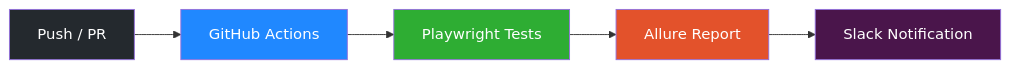
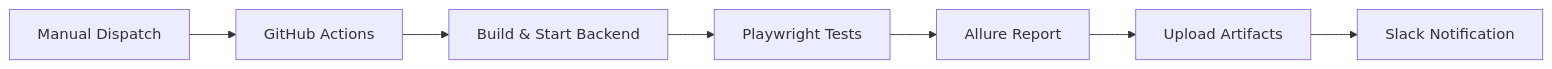
The second of 2 diagrams in README.md (mithrilguardqa/API_automation_Playwright), drawn with Mermaid before and after one commit. The commit also changed other lines of this file and 5 other files, not shown here.

````diff
--- a/README.md
+++ b/README.md
@@ -92,13 +94,9 @@
 ```mermaid
 graph LR
-    A[Push / PR] --> B[GitHub Actions]
-    B --> C[Playwright Tests]
-    C --> D[Allure Report]
-    D --> E[Slack Notification]
-
-    style A fill:#24292e,color:#fff
-    style B fill:#2088FF,color:#fff
-    style C fill:#2EAD33,color:#fff
-    style D fill:#E3522B,color:#fff
-    style E fill:#4A154B,color:#fff
+    A[Manual Dispatch] --> B[GitHub Actions]
+    B --> C[Build & Start Backend]
+    C --> D[Playwright Tests]
+    D --> E[Allure Report]
+    E --> F[Upload Artifacts]
+    F --> G[Slack Notification]
 ```
````
